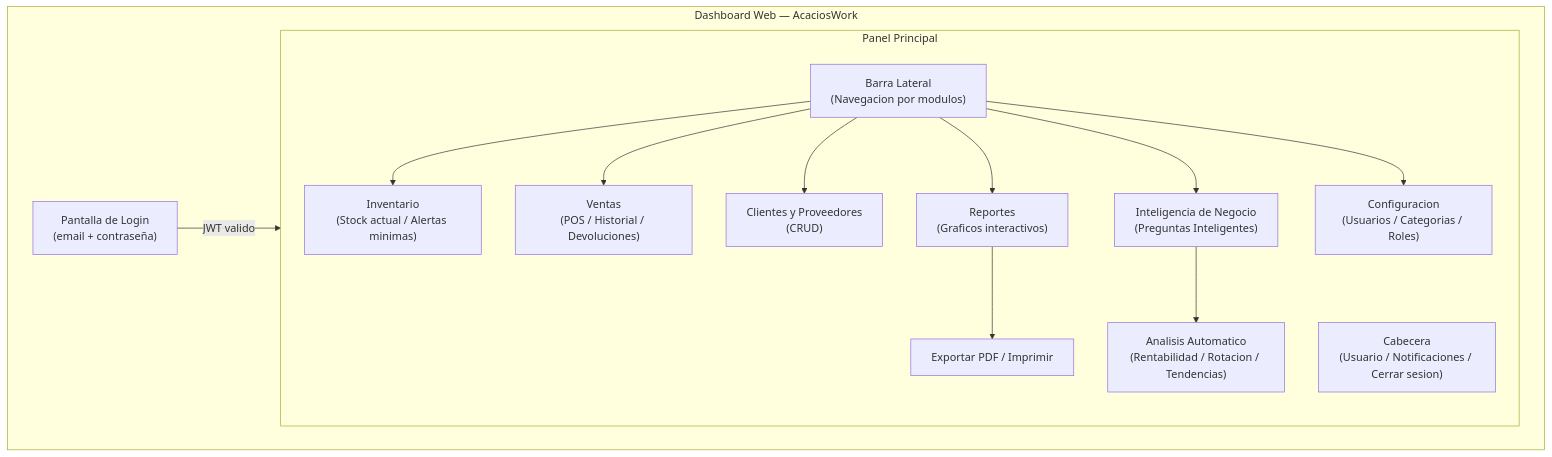
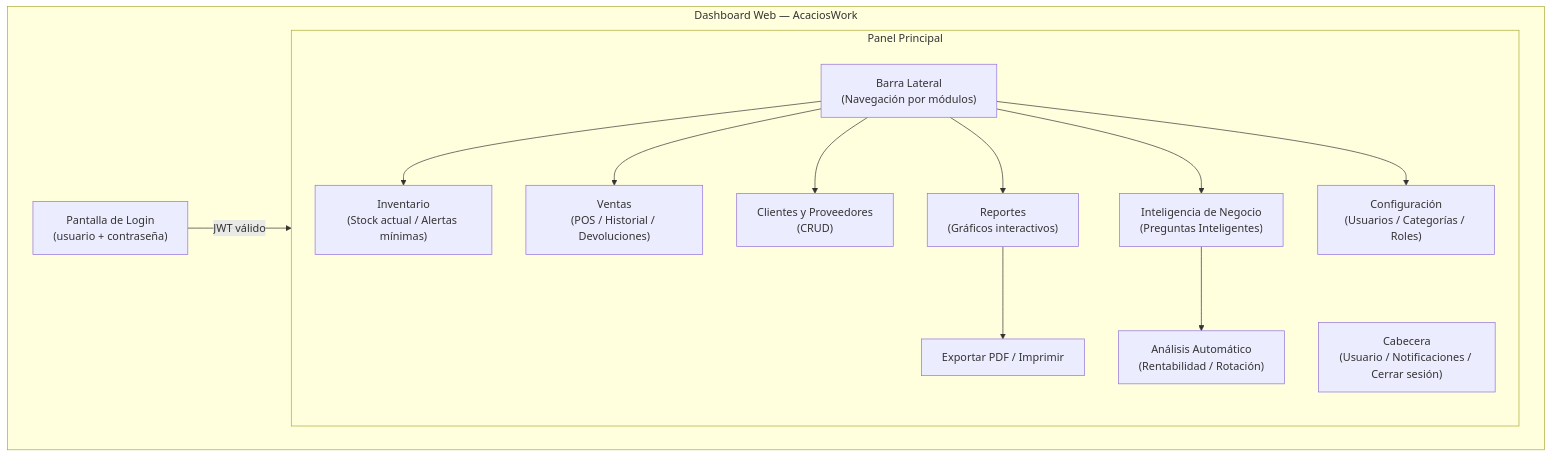
The second of 4 diagrams in infografia/buenas practicas.md (andresrubiel123/AcaciosWork), drawn with Mermaid before and after one commit. The commit also changed other lines of this file, not shown here.

````diff
--- a/infografia/buenas practicas.md
+++ b/infografia/buenas practicas.md
@@ -100,23 +224,23 @@
 ```mermaid
 graph TD
     subgraph UI_Web ["Dashboard Web — AcaciosWork"]
-        Login["Pantalla de Login\n(email + contraseña)"]
+        Login["Pantalla de Login\n(usuario + contraseña)"]
 
-        Login -->|JWT valido| Dashboard
+        Login -->|JWT válido| Dashboard
 
         subgraph Dashboard ["Panel Principal"]
-            Nav["Barra Lateral\n(Navegacion por modulos)"]
-            Header["Cabecera\n(Usuario / Notificaciones / Cerrar sesion)"]
+            Nav["Barra Lateral\n(Navegación por módulos)"]
+            Header["Cabecera\n(Usuario / Notificaciones / Cerrar sesión)"]
 
-            Nav --> M1["Inventario\n(Stock actual / Alertas minimas)"]
+            Nav --> M1["Inventario\n(Stock actual / Alertas mínimas)"]
             Nav --> M2["Ventas\n(POS / Historial / Devoluciones)"]
             Nav --> M3["Clientes y Proveedores\n(CRUD)"]
-            Nav --> M4["Reportes\n(Graficos interactivos)"]
+            Nav --> M4["Reportes\n(Gráficos interactivos)"]
             Nav --> M5["Inteligencia de Negocio\n(Preguntas Inteligentes)"]
-            Nav --> M6["Configuracion\n(Usuarios / Categorias / Roles)"]
+            Nav --> M6["Configuración\n(Usuarios / Categorías / Roles)"]
 
             M4 --> Export["Exportar PDF / Imprimir"]
-            M5 --> BI["Analisis Automatico\n(Rentabilidad / Rotacion / Tendencias)"]
+            M5 --> BI["Análisis Automático\n(Rentabilidad / Rotación)"]
         end
     end
 ```
````
